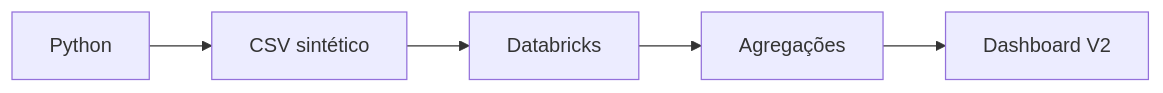
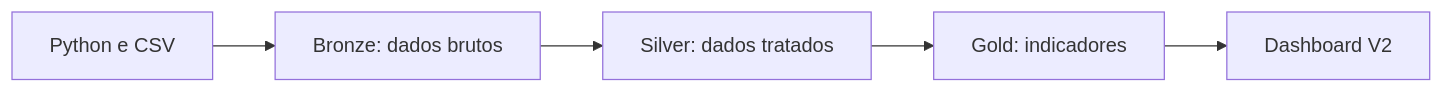
Before and after one commit to JhonnyGama/Dashboard-de-Atividades-Cont-beis-YOY-2023-2024-: the diagram in v2-databricks/README.md, drawn with Mermaid. The commit also changed other lines of this file, not shown here.

````diff
--- a/v2-databricks/README.md
+++ b/v2-databricks/README.md
@@ -18,7 +20,7 @@
 ```mermaid
 flowchart LR
-    A[Python] --> B[CSV sintético]
-    B --> C[Databricks]
-    C --> D[Agregações]
+    A[Python e CSV] --> B[Bronze: dados brutos]
+    B --> C[Silver: dados tratados]
+    C --> D[Gold: indicadores]
     D --> E[Dashboard V2]
 ```
````
